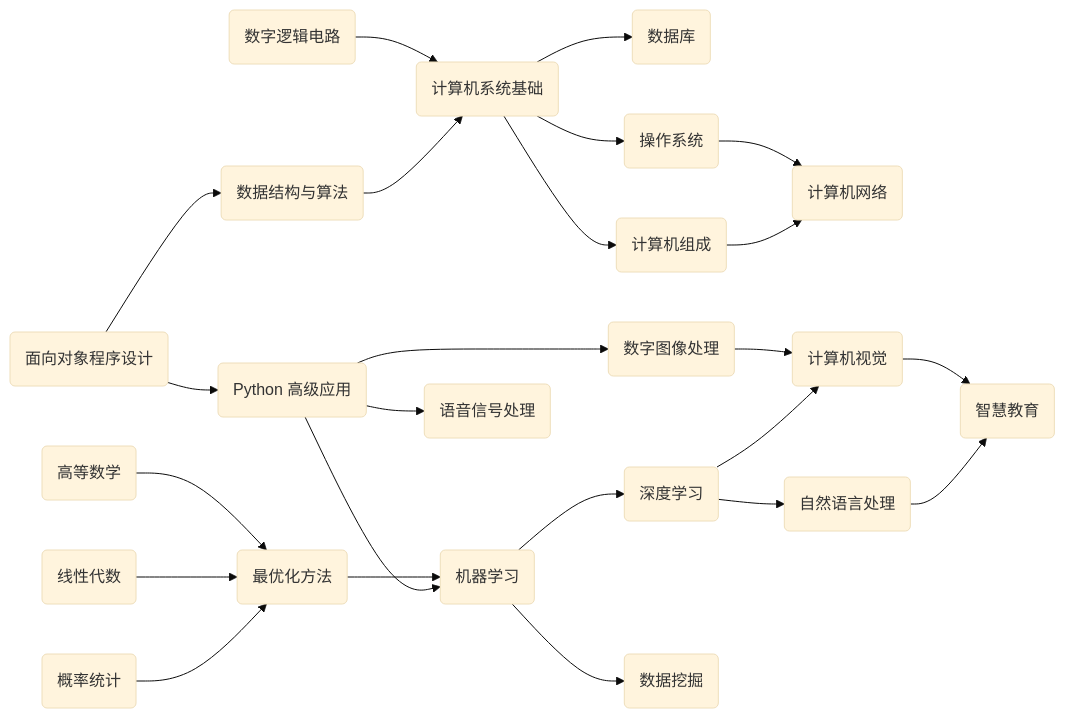
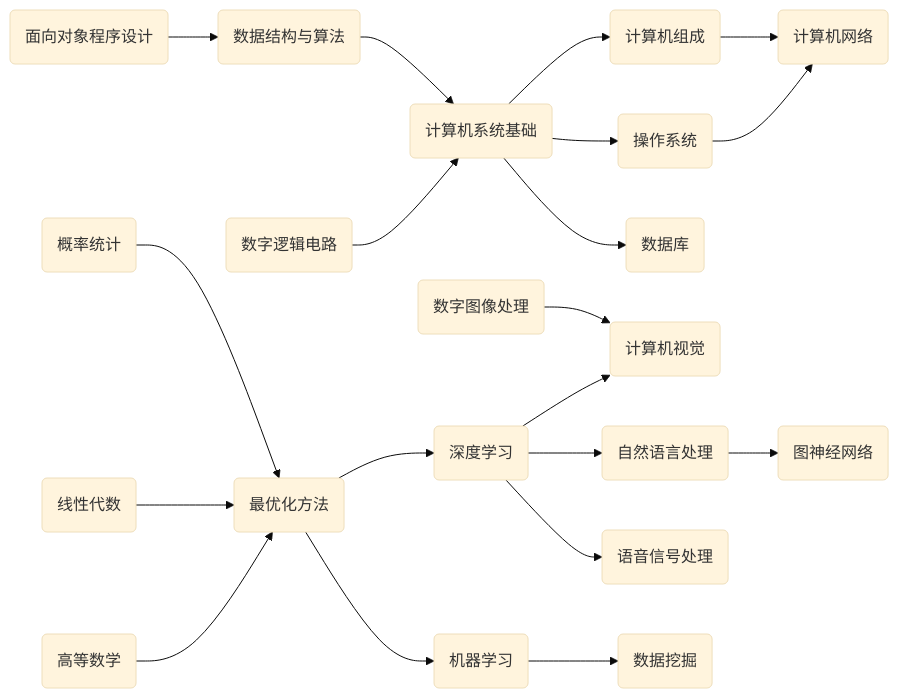
One commit to Explorer-Dong/explorer-dong.github.io changed the first of 2 diagrams in docs/index.md. Above: the diagram before and after it, drawn with Mermaid (base theme). The commit also changed other lines of this file and 3 other files, not shown here.

Commit message:
del: python application

````diff
--- a/docs/index.md
+++ b/docs/index.md
@@ -38,62 +38,66 @@
 ```mermaid
 flowchart LR
+    %% 实体定义
     面向对象程序设计(面向对象程序设计)
     数据结构与算法(数据结构与算法)
     数字逻辑电路(数字逻辑电路)
     计算机系统基础(计算机系统基础)
     数据库(数据库)
     操作系统(操作系统)
     计算机组成(计算机组成)
     计算机网络(计算机网络)
 
+    %% 关系定义
     面向对象程序设计 --> 数据结构与算法 --> 计算机系统基础
     数字逻辑电路 --> 计算机系统基础 --> 数据库 & 操作系统 & 计算机组成
     计算机组成 & 操作系统 --> 计算机网络
 
-    Python高级应用(Python 高级应用)
+    %% 实体定义
     数字图像处理(数字图像处理)
     机器学习(机器学习)
     深度学习(深度学习)
     数据挖掘(数据挖掘)
     自然语言处理(自然语言处理)
     计算机视觉(计算机视觉)
     语音信号处理(语音信号处理)
-    智慧教育(智慧教育)
+    图神经网络(图神经网络)
 
-    Python高级应用 --> 数字图像处理 & 语音信号处理 & 机器学习
-    机器学习 --> 数据挖掘 & 深度学习
-    深度学习 --> 自然语言处理 & 计算机视觉 --> 智慧教育
+    %% 关系定义
+    机器学习 --> 数据挖掘
+    深度学习 --> 语音信号处理 & 自然语言处理 & 计算机视觉
+    自然语言处理 --> 图神经网络
     数字图像处理 --> 计算机视觉
 
+    %% 实体定义
     高等数学(高等数学)
     线性代数(线性代数)
     概率统计(概率统计)
     最优化方法(最优化方法)
-    概率统计 & 线性代数 & 高等数学 --> 最优化方法 --> 机器学习
-    面向对象程序设计 --> Python高级应用
+
+    %% 关系定义
+    高等数学 & 线性代数 & 概率统计 --> 最优化方法 --> 机器学习 & 深度学习
 
     %% 跳转链接
     click 高等数学 "./base/math/advanced-math/"
     click 线性代数 "./base/math/linear-algebra/"
     click 概率统计 "./base/math/probability-and-statistics/"
     click 最优化方法 "./base/math/optimization-method/"
 
     click 面向对象程序设计 "./base/cs/object-oriented-programming/"
     click 数字逻辑电路 "./base/cs/digital-logic-circuit/"
     click 计算机系统基础 "./base/cs/computer-system-basic/"
     click 数据库 "./base/cs/database/"
     click 数据结构与算法 "./ds-and-algo/"
     click 操作系统 "./base/cs/operating-system/"
     click 计算机组成 "./base/cs/computer-organization/"
     click 计算机网络 "./base/cs/computer-network/"
 
-    click Python高级应用 "./base/ai/python-application/"
     click 数字图像处理 "./base/ai/digital-image-processing/"
+    click 语音信号处理 "./base/ai/speech-signal-processing/"
     click 机器学习 "./base/ai/machine-learning/"
     click 深度学习 "./base/ai/deep-learning/"
     click 数据挖掘 "./base/ai/data-mining/"
+    click 计算机视觉 "./base/ai/computer-vision/"
     click 自然语言处理 "./base/ai/natural-language-processing/"
-    click 计算机视觉 "./base/ai/computer-vision/"
-    click 语音信号处理 "./base/ai/speech-signal-processing/"
-    click 智慧教育 "./base/ai/intelligent-education/"
+    click 图神经网络 "./base/ai/graph-neural-network/"
 ```
````
